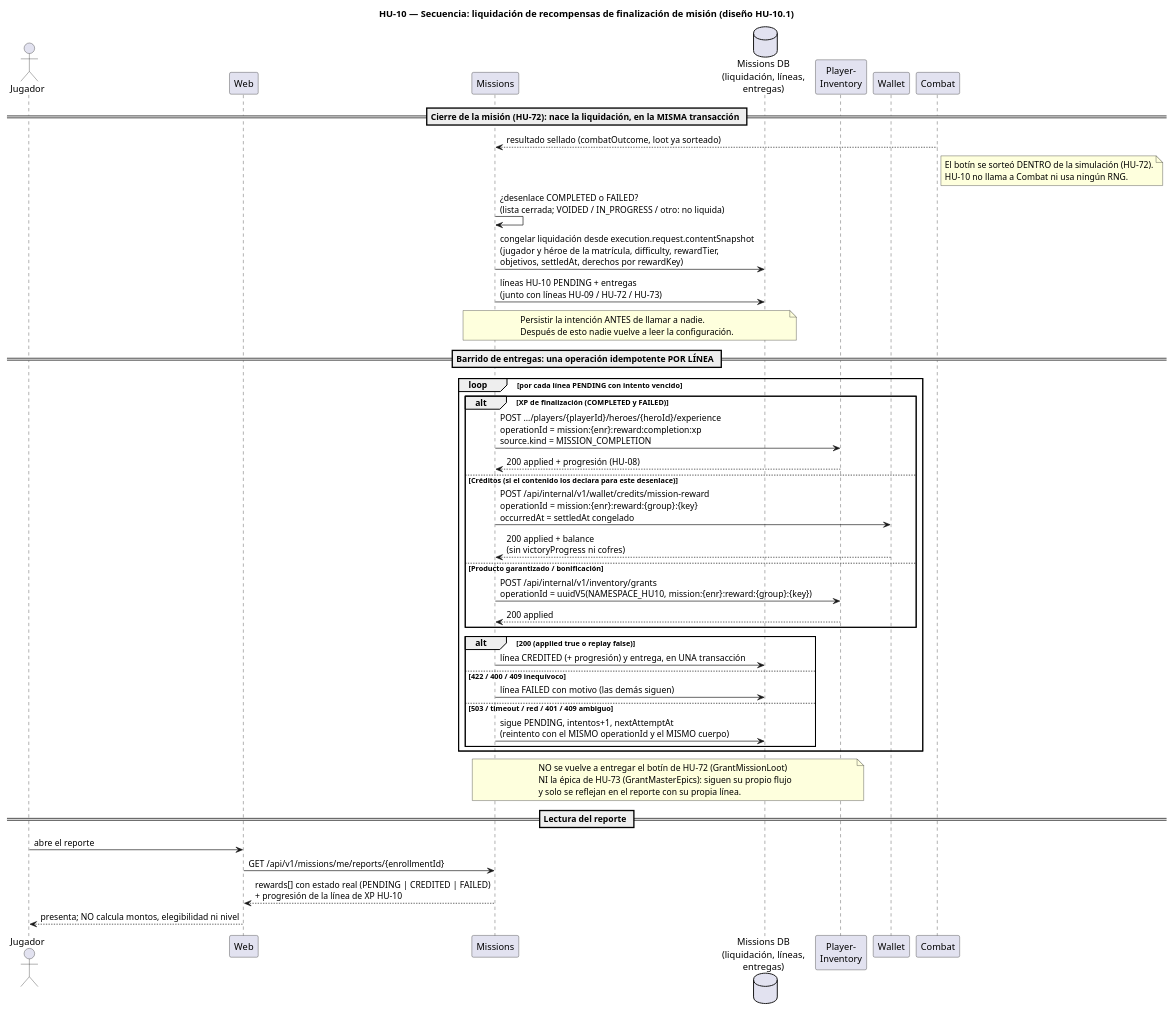
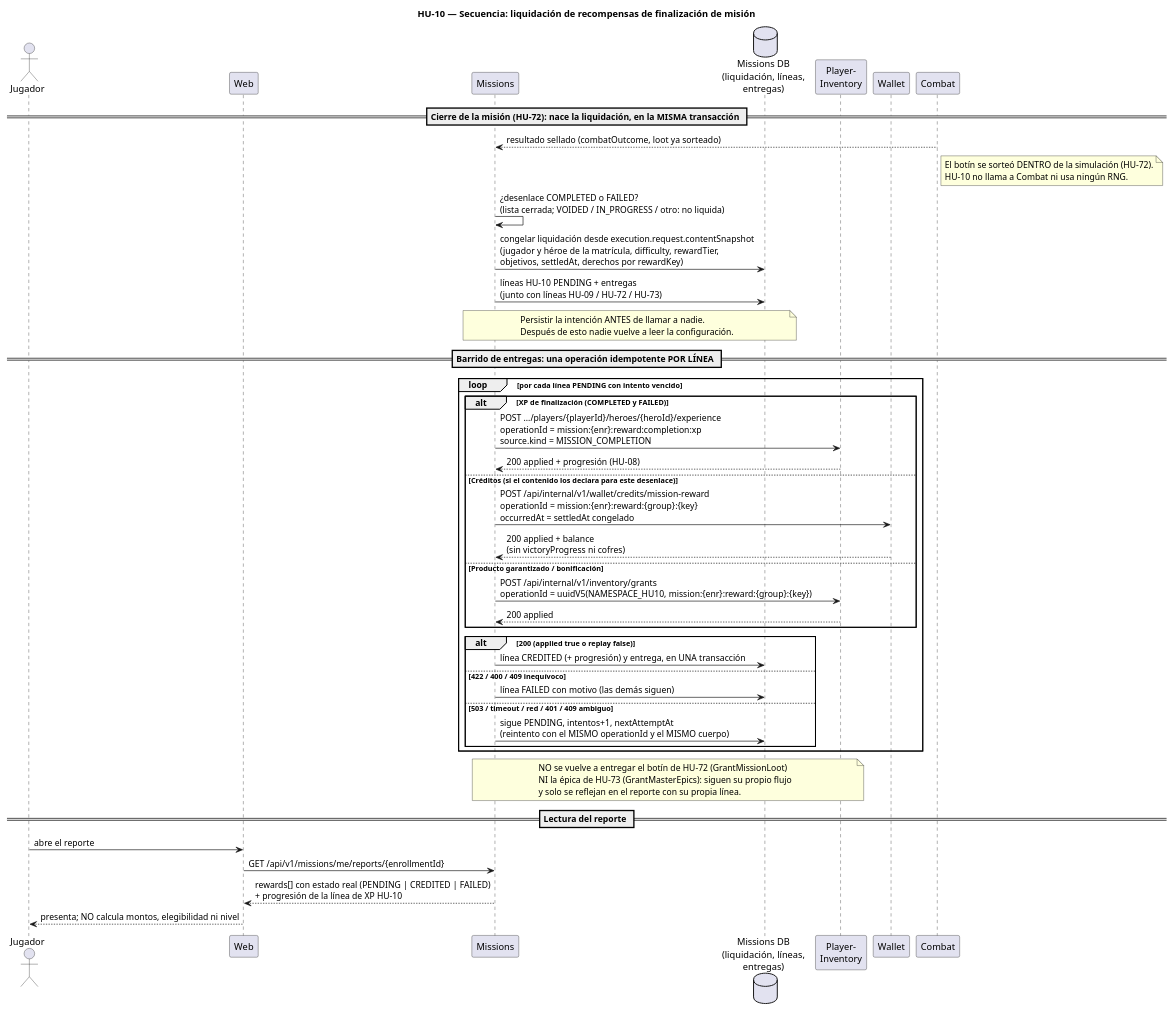
Before and after one commit to Nexus-Battle-VI/Nexus-Battle-Infrastructure: the diagram in docs/diagrams/hu-10-sequence-mission-reward.puml, drawn with PlantUML. The commit also changed 10 other files, not shown here.

```diff
--- a/docs/diagrams/hu-10-sequence-mission-reward.puml
+++ b/docs/diagrams/hu-10-sequence-mission-reward.puml
@@ -1,58 +1,58 @@
 @startuml hu-10-sequence-mission-reward
-title HU-10 — Secuencia: liquidación de recompensas de finalización de misión (diseño HU-10.1)
+title HU-10 — Secuencia: liquidación de recompensas de finalización de misión
 
 actor Jugador
 participant "Web" as Web
 participant "Missions" as Missions
 database "Missions DB\n(liquidación, líneas,\nentregas)" as MDB
 participant "Player-\nInventory" as Inventory
 participant "Wallet" as Wallet
 participant "Combat" as Combat
 
 == Cierre de la misión (HU-72): nace la liquidación, en la MISMA transacción ==
 Combat --> Missions : resultado sellado (combatOutcome, loot ya sorteado)
 note right of Combat
   El botín se sorteó DENTRO de la simulación (HU-72).
   HU-10 no llama a Combat ni usa ningún RNG.
 end note
 Missions -> Missions : ¿desenlace COMPLETED o FAILED?\n(lista cerrada; VOIDED / IN_PROGRESS / otro: no liquida)
 Missions -> MDB : congelar liquidación desde execution.request.contentSnapshot\n(jugador y héroe de la matrícula, difficulty, rewardTier,\nobjetivos, settledAt, derechos por rewardKey)
 Missions -> MDB : líneas HU-10 PENDING + entregas\n(junto con líneas HU-09 / HU-72 / HU-73)
 note over Missions, MDB
   Persistir la intención ANTES de llamar a nadie.
   Después de esto nadie vuelve a leer la configuración.
 end note
 
 == Barrido de entregas: una operación idempotente POR LÍNEA ==
 loop por cada línea PENDING con intento vencido
   alt XP de finalización (COMPLETED y FAILED)
     Missions -> Inventory : POST …/players/{playerId}/heroes/{heroId}/experience\noperationId = mission:{enr}:reward:completion:xp\nsource.kind = MISSION_COMPLETION
     Inventory --> Missions : 200 applied + progresión (HU-08)
   else Créditos (si el contenido los declara para este desenlace)
     Missions -> Wallet : POST /api/internal/v1/wallet/credits/mission-reward\noperationId = mission:{enr}:reward:{group}:{key}\noccurredAt = settledAt congelado
     Wallet --> Missions : 200 applied + balance\n(sin victoryProgress ni cofres)
   else Producto garantizado / bonificación
     Missions -> Inventory : POST /api/internal/v1/inventory/grants\noperationId = uuidV5(NAMESPACE_HU10, mission:{enr}:reward:{group}:{key})
     Inventory --> Missions : 200 applied
   end
   alt 200 (applied true o replay false)
     Missions -> MDB : línea CREDITED (+ progresión) y entrega, en UNA transacción
   else 422 / 400 / 409 inequívoco
     Missions -> MDB : línea FAILED con motivo (las demás siguen)
   else 503 / timeout / red / 401 / 409 ambiguo
     Missions -> MDB : sigue PENDING, intentos+1, nextAttemptAt\n(reintento con el MISMO operationId y el MISMO cuerpo)
   end
 end
 
 note over Missions, Inventory
   NO se vuelve a entregar el botín de HU-72 (GrantMissionLoot)
   NI la épica de HU-73 (GrantMasterEpics): siguen su propio flujo
   y solo se reflejan en el reporte con su propia línea.
 end note
 
 == Lectura del reporte ==
 Jugador -> Web : abre el reporte
 Web -> Missions : GET /api/v1/missions/me/reports/{enrollmentId}
 Missions --> Web : rewards[] con estado real (PENDING | CREDITED | FAILED)\n+ progresión de la línea de XP HU-10
 Web --> Jugador : presenta; NO calcula montos, elegibilidad ni nivel
 @enduml
```
